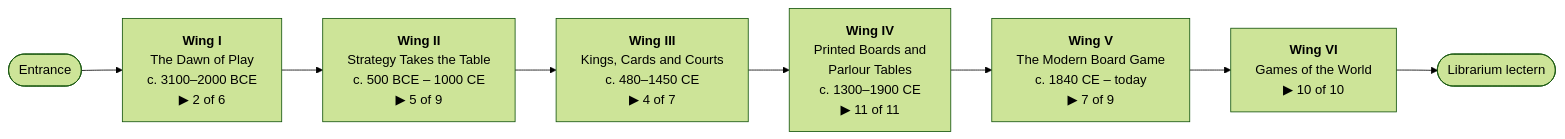
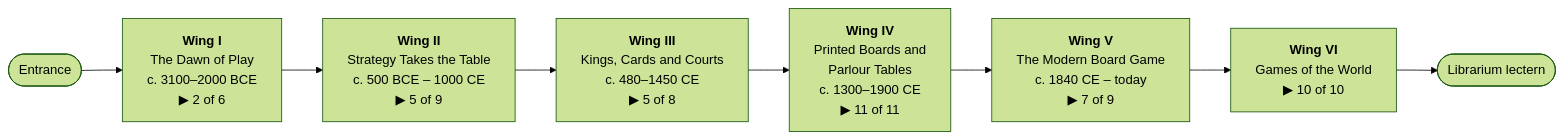
The first of 2 diagrams in README.md (CptNope/Librarium-Archives), drawn with Mermaid (forest theme) before and after one commit. The commit also changed other lines of this file and 15 other files, not shown here.

````diff
--- a/README.md
+++ b/README.md
@@ -15,10 +15,10 @@
 ```mermaid
 flowchart LR
     E([Entrance]) --> W1
     W1["<b>Wing I</b><br/>The Dawn of Play<br/>c. 3100–2000 BCE<br/>▶ 2 of 6"] --> W2
     W2["<b>Wing II</b><br/>Strategy Takes the Table<br/>c. 500 BCE – 1000 CE<br/>▶ 5 of 9"] --> W3
-    W3["<b>Wing III</b><br/>Kings, Cards and Courts<br/>c. 480–1450 CE<br/>▶ 4 of 7"] --> W4
+    W3["<b>Wing III</b><br/>Kings, Cards and Courts<br/>c. 480–1450 CE<br/>▶ 5 of 8"] --> W4
     W4["<b>Wing IV</b><br/>Printed Boards and<br/>Parlour Tables<br/>c. 1300–1900 CE<br/>▶ 11 of 11"] --> W5
     W5["<b>Wing V</b><br/>The Modern Board Game<br/>c. 1840 CE – today<br/>▶ 7 of 9"] --> W6
     W6["<b>Wing VI</b><br/>Games of the World<br/>▶ 10 of 10"] --> L([Librarium lectern])
 ```
````
